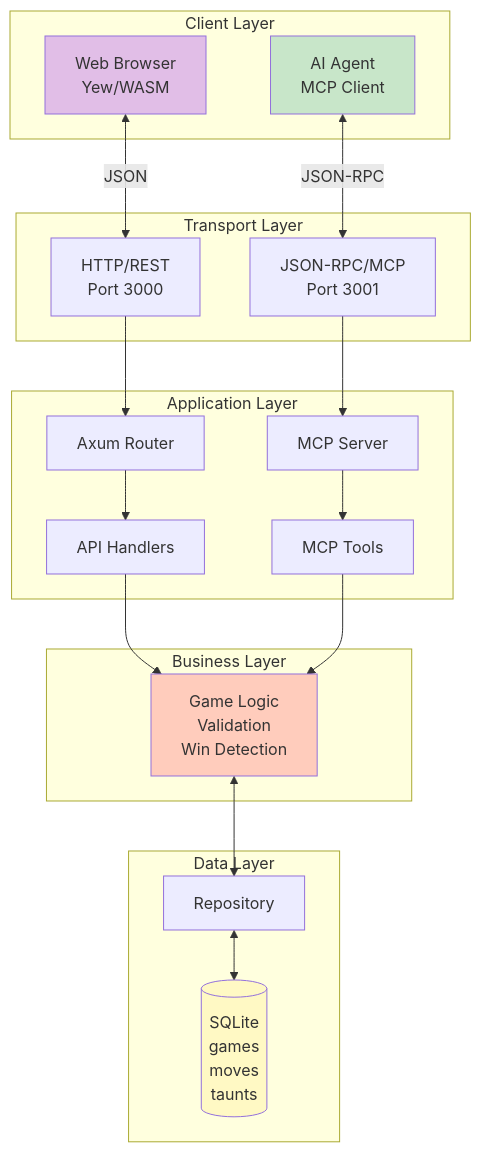
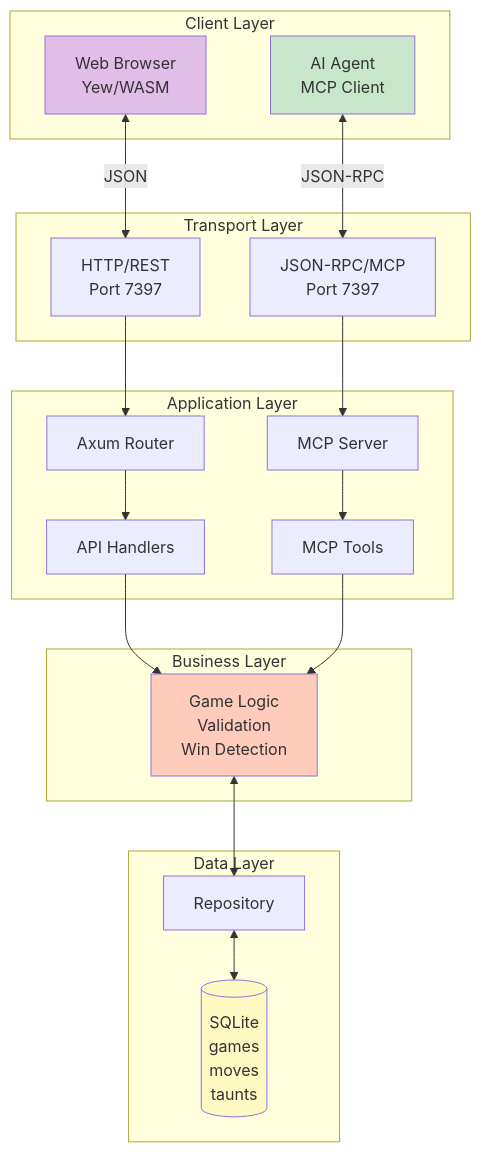
The first of 16 diagrams in wiki/Data-Flow.md (sw-game-dev/game-mcp-poc), drawn with Mermaid before and after one commit. The commit also changed other lines of this file and 13 other files, not shown here.

First line of the commit message:
docs: Update all documentation for single-server architecture

````diff
--- a/wiki/Data-Flow.md
+++ b/wiki/Data-Flow.md
@@ -16,44 +16,44 @@
 ```mermaid
 graph TB
     subgraph "Client Layer"
         Browser[Web Browser<br/>Yew/WASM]
         Agent[AI Agent<br/>MCP Client]
     end
 
     subgraph "Transport Layer"
-        REST[HTTP/REST<br/>Port 3000]
-        MCP[JSON-RPC/MCP<br/>Port 3001]
+        REST[HTTP/REST<br/>Port 7397]
+        MCP[JSON-RPC/MCP<br/>Port 7397]
     end
 
     subgraph "Application Layer"
         Router[Axum Router]
         MCPServer[MCP Server]
         Handlers[API Handlers]
         Tools[MCP Tools]
     end
 
     subgraph "Business Layer"
         Logic[Game Logic<br/>Validation<br/>Win Detection]
     end
 
     subgraph "Data Layer"
         Repo[Repository]
         DB[(SQLite<br/>games<br/>moves<br/>taunts)]
     end
 
     Browser <-->|JSON| REST
     Agent <-->|JSON-RPC| MCP
     REST --> Router
     MCP --> MCPServer
     Router --> Handlers
     MCPServer --> Tools
     Handlers --> Logic
     Tools --> Logic
     Logic <--> Repo
     Repo <--> DB
 
     style Browser fill:#e1bee7
     style Agent fill:#c8e6c9
     style Logic fill:#ffccbc
     style DB fill:#fff9c4
 ```
````
